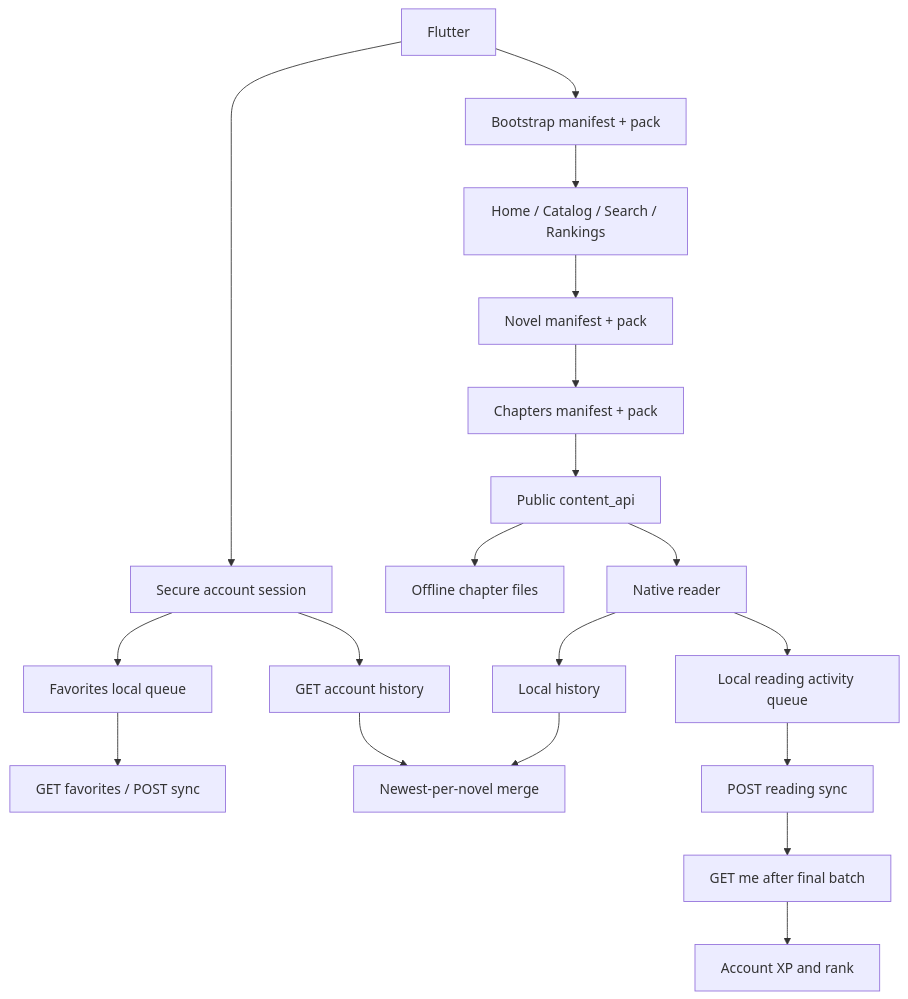
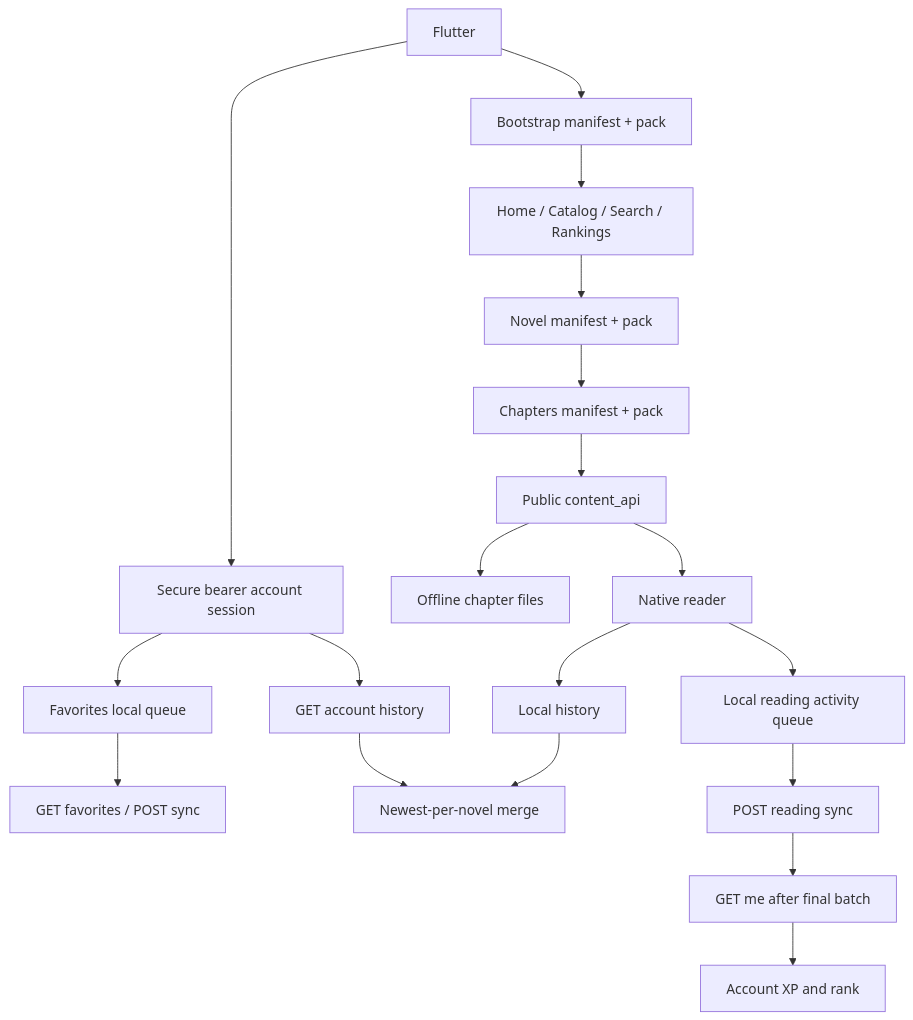
The diagram in galaxy_novels_app/docs/app_api_gap_audit.md (mohmaedeslam00116/Galaxy-Novels), drawn with Mermaid before and after one commit. The commit also changed other lines of this file, not shown here.

First line of the commit message:
docs(api): update audit for bearer auth

````diff
--- a/galaxy_novels_app/docs/app_api_gap_audit.md
+++ b/galaxy_novels_app/docs/app_api_gap_audit.md
@@ -42,21 +44,21 @@
 ```mermaid
 flowchart TD
     A["Flutter"] --> B["Bootstrap manifest + pack"]
     B --> C["Home / Catalog / Search / Rankings"]
     C --> D["Novel manifest + pack"]
     D --> E["Chapters manifest + pack"]
     E --> F["Public content_api"]
     F --> G["Native reader"]
     G --> H["Local history"]
     F --> I["Offline chapter files"]
-    A --> J["Secure account session"]
+    A --> J["Secure bearer account session"]
     J --> K["Favorites local queue"]
     K --> L["GET favorites / POST sync"]
     J --> M["GET account history"]
     H --> N["Newest-per-novel merge"]
     M --> N
     G --> O["Local reading activity queue"]
     O --> P["POST reading sync"]
     P --> Q["GET me after final batch"]
     Q --> R["Account XP and rank"]
 ```
````
